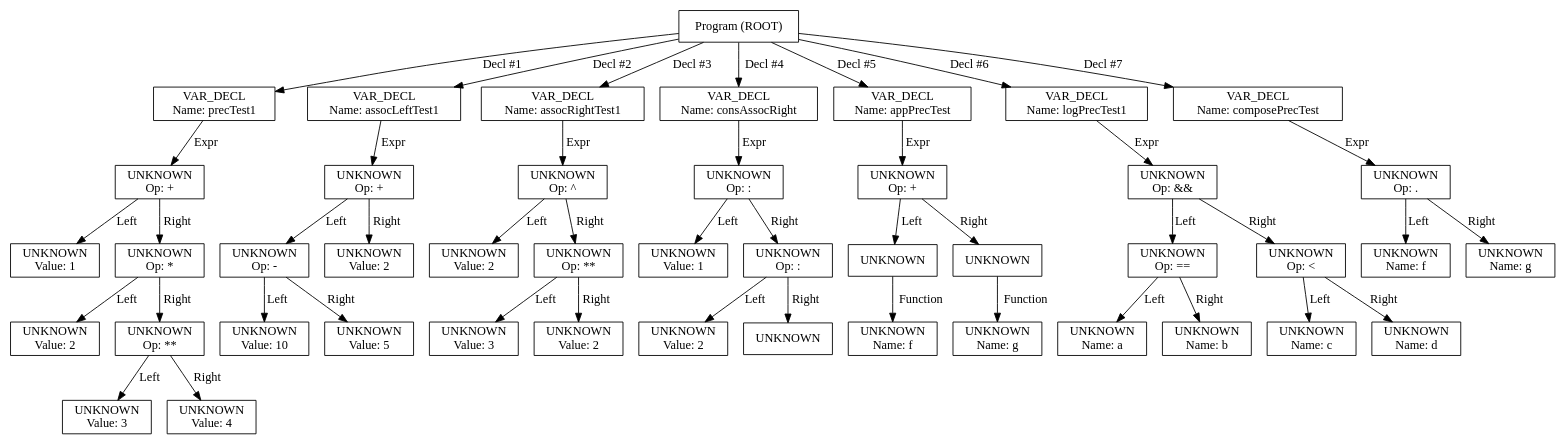
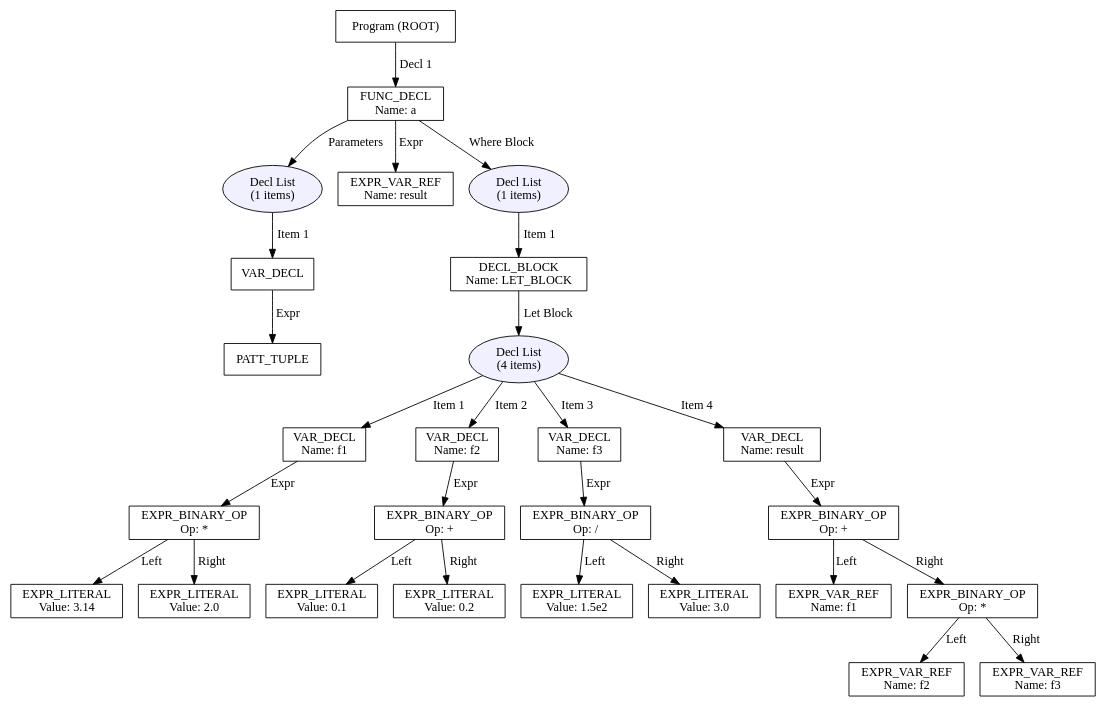
Before and after one commit to duvean/ghdc: the diagram in ast.dot, drawn with Graphviz. The commit also changed 7 other files, not shown here.

```diff
--- a/ast.dot
+++ b/ast.dot
@@ -1,92 +1,56 @@
 digraph AST {
     node [shape=box];
-    49 [label="Program (ROOT)"];
-    49 -> 7 [label="Decl #1"];
-    7 [label="VAR_DECL\nName: precTest1"];
+    27 [label="Program (ROOT)"];
+    27 -> 25 [label="Decl 1"];
+    25 [label="FUNC_DECL\nName: a"];
+    25 -> 2 [label="Parameters"];
+    2 [label="Decl List\n(1 items)" shape=oval style=filled fillcolor="#f0f0ff"];
+    2 -> 1 [label="Item 1"];
+    1 [label="VAR_DECL"];
+    1 -> 0 [label="Expr"];
+    0 [label="PATT_TUPLE"];
+    25 -> 3 [label="Expr"];
+    3 [label="EXPR_VAR_REF\nName: result"];
+    25 -> 24 [label="Where Block"];
+    24 [label="Decl List\n(1 items)" shape=oval style=filled fillcolor="#f0f0ff"];
+    24 -> 23 [label="Item 1"];
+    23 [label="DECL_BLOCK\nName: LET_BLOCK"];
+    23 -> 8 [label="Let Block"];
+    8 [label="Decl List\n(4 items)" shape=oval style=filled fillcolor="#f0f0ff"];
+    8 -> 7 [label="Item 1"];
+    7 [label="VAR_DECL\nName: f1"];
     7 -> 6 [label="Expr"];
-    6 [label="UNKNOWN\nOp: +"];
-    6 -> 0 [label="Left"];
-    0 [label="UNKNOWN\nValue: 1"];
+    6 [label="EXPR_BINARY_OP\nOp: *"];
+    6 -> 4 [label="Left"];
+    4 [label="EXPR_LITERAL\nValue: 3.14"];
     6 -> 5 [label="Right"];
-    5 [label="UNKNOWN\nOp: *"];
-    5 -> 1 [label="Left"];
-    1 [label="UNKNOWN\nValue: 2"];
-    5 -> 4 [label="Right"];
-    4 [label="UNKNOWN\nOp: **"];
-    4 -> 2 [label="Left"];
-    2 [label="UNKNOWN\nValue: 3"];
-    4 -> 3 [label="Right"];
-    3 [label="UNKNOWN\nValue: 4"];
-    49 -> 14 [label="Decl #2"];
-    14 [label="VAR_DECL\nName: assocLeftTest1"];
-    14 -> 13 [label="Expr"];
-    13 [label="UNKNOWN\nOp: +"];
-    13 -> 11 [label="Left"];
-    11 [label="UNKNOWN\nOp: -"];
+    5 [label="EXPR_LITERAL\nValue: 2.0"];
+    8 -> 12 [label="Item 2"];
+    12 [label="VAR_DECL\nName: f2"];
+    12 -> 11 [label="Expr"];
+    11 [label="EXPR_BINARY_OP\nOp: +"];
     11 -> 9 [label="Left"];
-    9 [label="UNKNOWN\nValue: 10"];
+    9 [label="EXPR_LITERAL\nValue: 0.1"];
     11 -> 10 [label="Right"];
-    10 [label="UNKNOWN\nValue: 5"];
-    13 -> 12 [label="Right"];
-    12 [label="UNKNOWN\nValue: 2"];
-    49 -> 20 [label="Decl #3"];
-    20 [label="VAR_DECL\nName: assocRightTest1"];
-    20 -> 19 [label="Expr"];
-    19 [label="UNKNOWN\nOp: ^"];
-    19 -> 15 [label="Left"];
-    15 [label="UNKNOWN\nValue: 2"];
-    19 -> 18 [label="Right"];
-    18 [label="UNKNOWN\nOp: **"];
-    18 -> 16 [label="Left"];
-    16 [label="UNKNOWN\nValue: 3"];
-    18 -> 17 [label="Right"];
-    17 [label="UNKNOWN\nValue: 2"];
-    49 -> 26 [label="Decl #4"];
-    26 [label="VAR_DECL\nName: consAssocRight"];
-    26 -> 25 [label="Expr"];
-    25 [label="UNKNOWN\nOp: :"];
-    25 -> 21 [label="Left"];
-    21 [label="UNKNOWN\nValue: 1"];
-    25 -> 24 [label="Right"];
-    24 [label="UNKNOWN\nOp: :"];
-    24 -> 22 [label="Left"];
-    22 [label="UNKNOWN\nValue: 2"];
-    24 -> 23 [label="Right"];
-    23 [label="UNKNOWN"];
-    49 -> 36 [label="Decl #5"];
-    36 [label="VAR_DECL\nName: appPrecTest"];
-    36 -> 35 [label="Expr"];
-    35 [label="UNKNOWN\nOp: +"];
-    35 -> 29 [label="Left"];
-    29 [label="UNKNOWN"];
-    29 -> 27 [label="Function"];
-    27 [label="UNKNOWN\nName: f"];
-    35 -> 34 [label="Right"];
-    34 [label="UNKNOWN"];
-    34 -> 30 [label="Function"];
-    30 [label="UNKNOWN\nName: g"];
-    49 -> 44 [label="Decl #6"];
-    44 [label="VAR_DECL\nName: logPrecTest1"];
-    44 -> 43 [label="Expr"];
-    43 [label="UNKNOWN\nOp: &&"];
-    43 -> 39 [label="Left"];
-    39 [label="UNKNOWN\nOp: =="];
-    39 -> 37 [label="Left"];
-    37 [label="UNKNOWN\nName: a"];
-    39 -> 38 [label="Right"];
-    38 [label="UNKNOWN\nName: b"];
-    43 -> 42 [label="Right"];
-    42 [label="UNKNOWN\nOp: <"];
-    42 -> 40 [label="Left"];
-    40 [label="UNKNOWN\nName: c"];
-    42 -> 41 [label="Right"];
-    41 [label="UNKNOWN\nName: d"];
-    49 -> 48 [label="Decl #7"];
-    48 [label="VAR_DECL\nName: composePrecTest"];
-    48 -> 47 [label="Expr"];
-    47 [label="UNKNOWN\nOp: ."];
-    47 -> 45 [label="Left"];
-    45 [label="UNKNOWN\nName: f"];
-    47 -> 46 [label="Right"];
-    46 [label="UNKNOWN\nName: g"];
+    10 [label="EXPR_LITERAL\nValue: 0.2"];
+    8 -> 16 [label="Item 3"];
+    16 [label="VAR_DECL\nName: f3"];
+    16 -> 15 [label="Expr"];
+    15 [label="EXPR_BINARY_OP\nOp: /"];
+    15 -> 13 [label="Left"];
+    13 [label="EXPR_LITERAL\nValue: 1.5e2"];
+    15 -> 14 [label="Right"];
+    14 [label="EXPR_LITERAL\nValue: 3.0"];
+    8 -> 22 [label="Item 4"];
+    22 [label="VAR_DECL\nName: result"];
+    22 -> 21 [label="Expr"];
+    21 [label="EXPR_BINARY_OP\nOp: +"];
+    21 -> 17 [label="Left"];
+    17 [label="EXPR_VAR_REF\nName: f1"];
+    21 -> 20 [label="Right"];
+    20 [label="EXPR_BINARY_OP\nOp: *"];
+    20 -> 18 [label="Left"];
+    18 [label="EXPR_VAR_REF\nName: f2"];
+    20 -> 19 [label="Right"];
+    19 [label="EXPR_VAR_REF\nName: f3"];
 }
```
